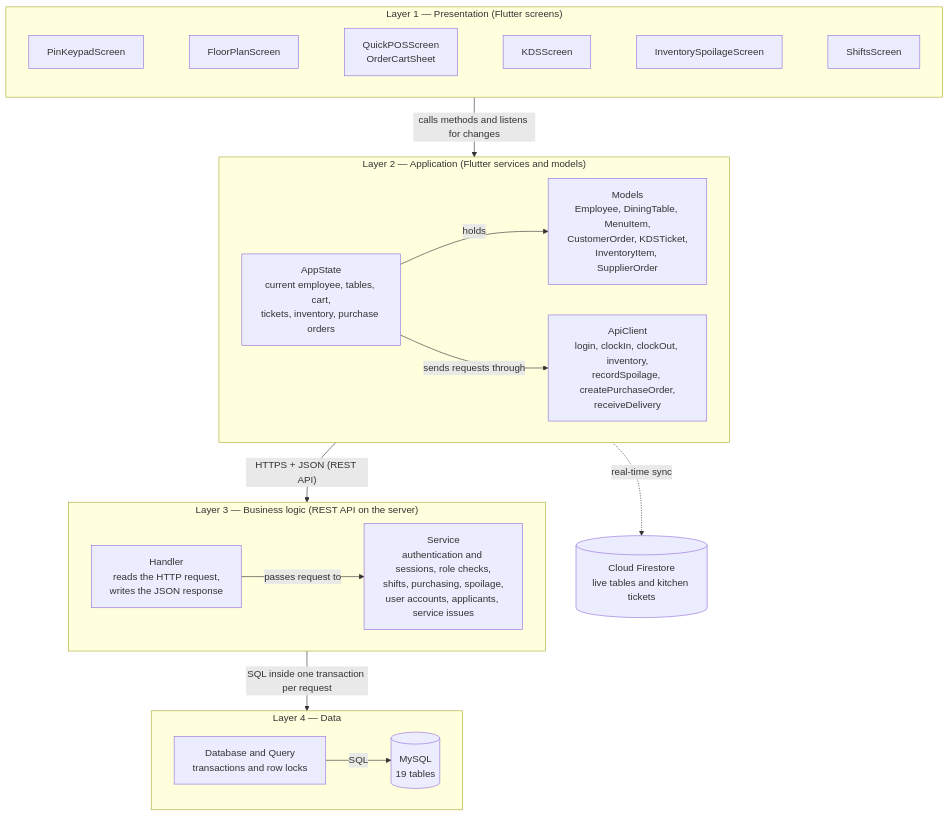
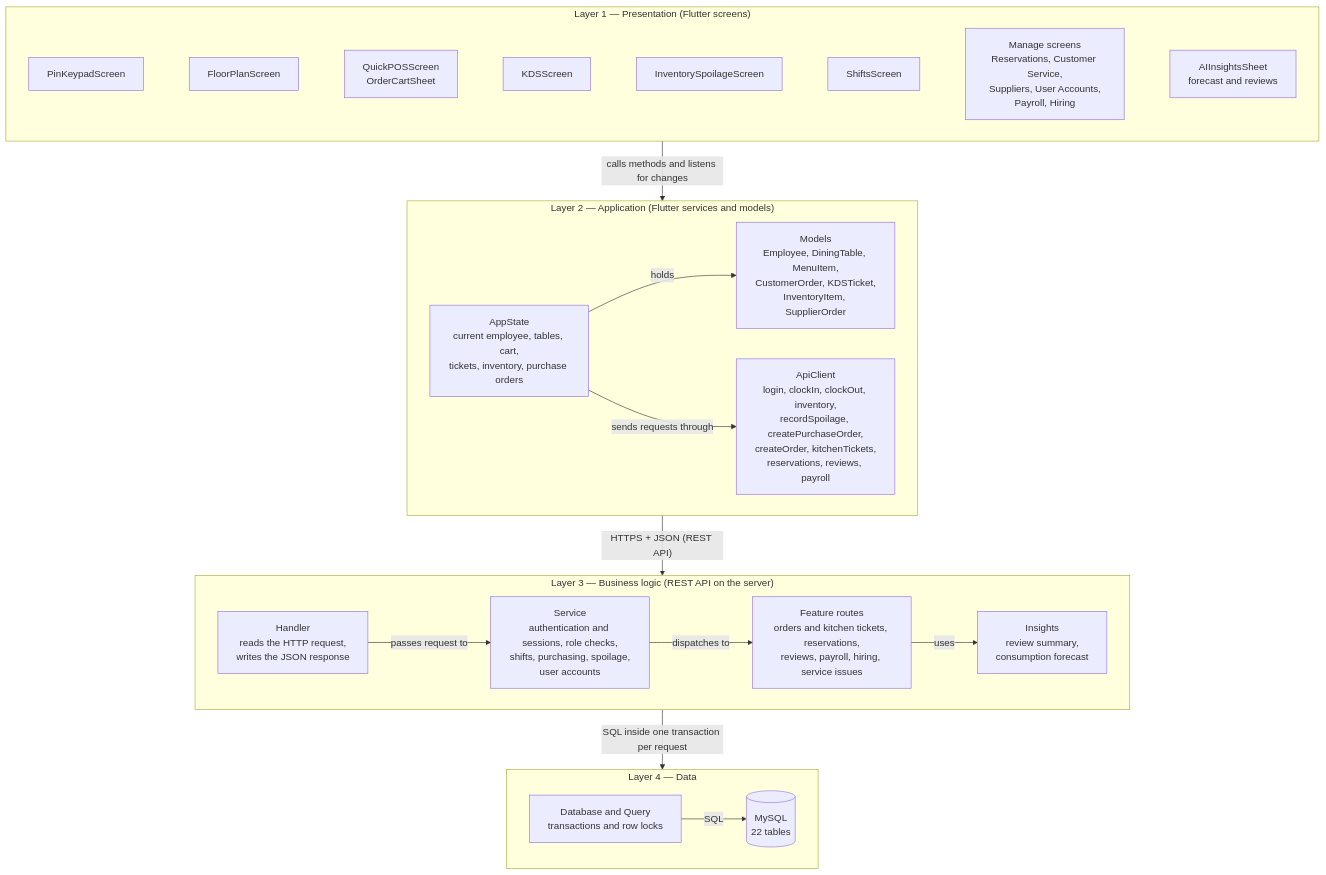
The first of 5 diagrams in docs/sprint4/02-testing-architecture-sections-10-11.md (JamalFord/ServeSync), drawn with Mermaid before and after one commit. The commit also changed other lines of this file and 26 other files, not shown here.

First line of the commit message:
refactor: remove Firebase; kitchen tickets sync through the API

````diff
--- a/docs/sprint4/02-testing-architecture-sections-10-11.md
+++ b/docs/sprint4/02-testing-architecture-sections-10-11.md
@@ -277,39 +277,43 @@
 ```mermaid
 flowchart TB
     subgraph L1["Layer 1 — Presentation (Flutter screens)"]
         direction LR
         PIN["PinKeypadScreen"]
         FP["FloorPlanScreen"]
         POS["QuickPOSScreen<br/>OrderCartSheet"]
         KDS["KDSScreen"]
         INV["InventorySpoilageScreen"]
         SH["ShiftsScreen"]
-        PIN ~~~ FP ~~~ POS ~~~ KDS ~~~ INV ~~~ SH
+        MG["Manage screens<br/>Reservations, Customer Service,<br/>Suppliers, User Accounts,<br/>Payroll, Hiring"]
+        AI["AIInsightsSheet<br/>forecast and reviews"]
+        PIN ~~~ FP ~~~ POS ~~~ KDS ~~~ INV ~~~ SH ~~~ MG ~~~ AI
     end
     subgraph L2["Layer 2 — Application (Flutter services and models)"]
         direction LR
         MOD["Models<br/>Employee, DiningTable, MenuItem,<br/>CustomerOrder, KDSTicket,<br/>InventoryItem, SupplierOrder"]
         AS["AppState<br/>current employee, tables, cart,<br/>tickets, inventory, purchase orders"]
-        API["ApiClient<br/>login, clockIn, clockOut, inventory,<br/>recordSpoilage, createPurchaseOrder,<br/>receiveDelivery"]
+        API["ApiClient<br/>login, clockIn, clockOut, inventory,<br/>recordSpoilage, createPurchaseOrder,<br/>createOrder, kitchenTickets,<br/>reservations, reviews, payroll"]
         AS -- "holds" --> MOD
         AS -- "sends requests through" --> API
     end
     subgraph L3["Layer 3 — Business logic (REST API on the server)"]
         direction LR
         H["Handler<br/>reads the HTTP request,<br/>writes the JSON response"]
-        SVC["Service<br/>authentication and sessions, role checks,<br/>shifts, purchasing, spoilage,<br/>user accounts, applicants, service issues"]
+        SVC["Service<br/>authentication and sessions, role checks,<br/>shifts, purchasing, spoilage,<br/>user accounts"]
+        FEAT["Feature routes<br/>orders and kitchen tickets, reservations,<br/>reviews, payroll, hiring, service issues"]
+        INS["Insights<br/>review summary,<br/>consumption forecast"]
         H -- "passes request to" --> SVC
+        SVC -- "dispatches to" --> FEAT
+        FEAT -- "uses" --> INS
     end
     subgraph L4["Layer 4 — Data"]
         direction LR
         DB["Database and Query<br/>transactions and row locks"]
-        SQL[("MySQL<br/>19 tables")]
+        SQL[("MySQL<br/>22 tables")]
         DB -- "SQL" --> SQL
     end
-    FS[("Cloud Firestore<br/>live tables and kitchen tickets")]
 
     L1 -- "calls methods and listens for changes" --> L2
     L2 -- "HTTPS + JSON (REST API)" --> L3
     L3 -- "SQL inside one transaction per request" --> L4
-    L2 -. "real-time sync" .-> FS
 ```
````
